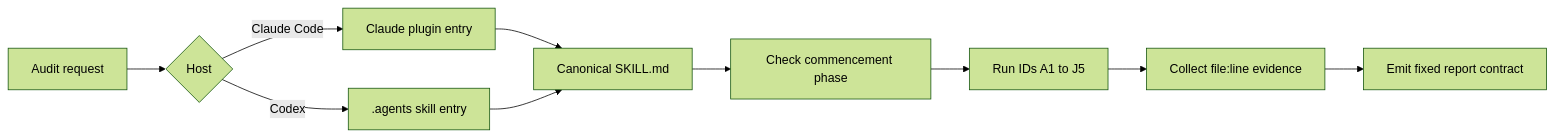
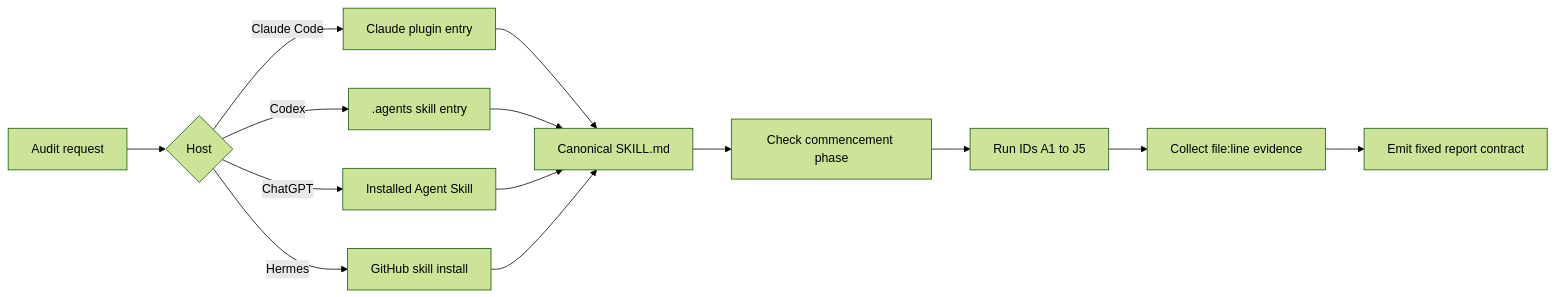
The diagram in docs/architecture.md (gattyworks/india-dpdpa-skill), drawn with Mermaid (forest theme) before and after one commit. The commit also changed other lines of this file and 24 other files, not shown here.

````diff
--- a/docs/architecture.md
+++ b/docs/architecture.md
@@ -66,12 +69,16 @@
 ```mermaid
 flowchart LR
     U["Audit request"] --> H{"Host"}
     H -->|"Claude Code"| CP["Claude plugin entry"]
     H -->|"Codex"| CX[".agents skill entry"]
+    H -->|"ChatGPT"| OAI["Installed Agent Skill"]
+    H -->|"Hermes"| HE["GitHub skill install"]
     CP --> SK["Canonical SKILL.md"]
     CX --> SK
+    OAI --> SK
+    HE --> SK
     SK --> PH["Check commencement phase"]
     PH --> CL["Run IDs A1 to J5"]
     CL --> EV["Collect file:line evidence"]
     EV --> RP["Emit fixed report contract"]
 ```
````
